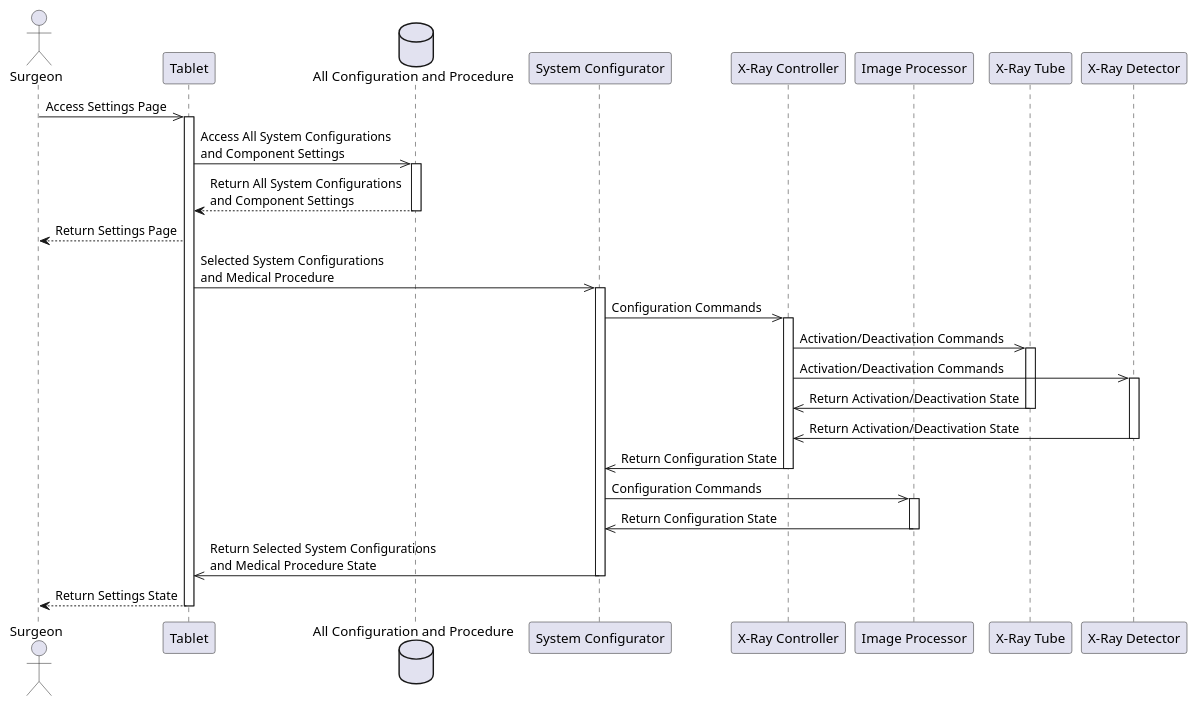
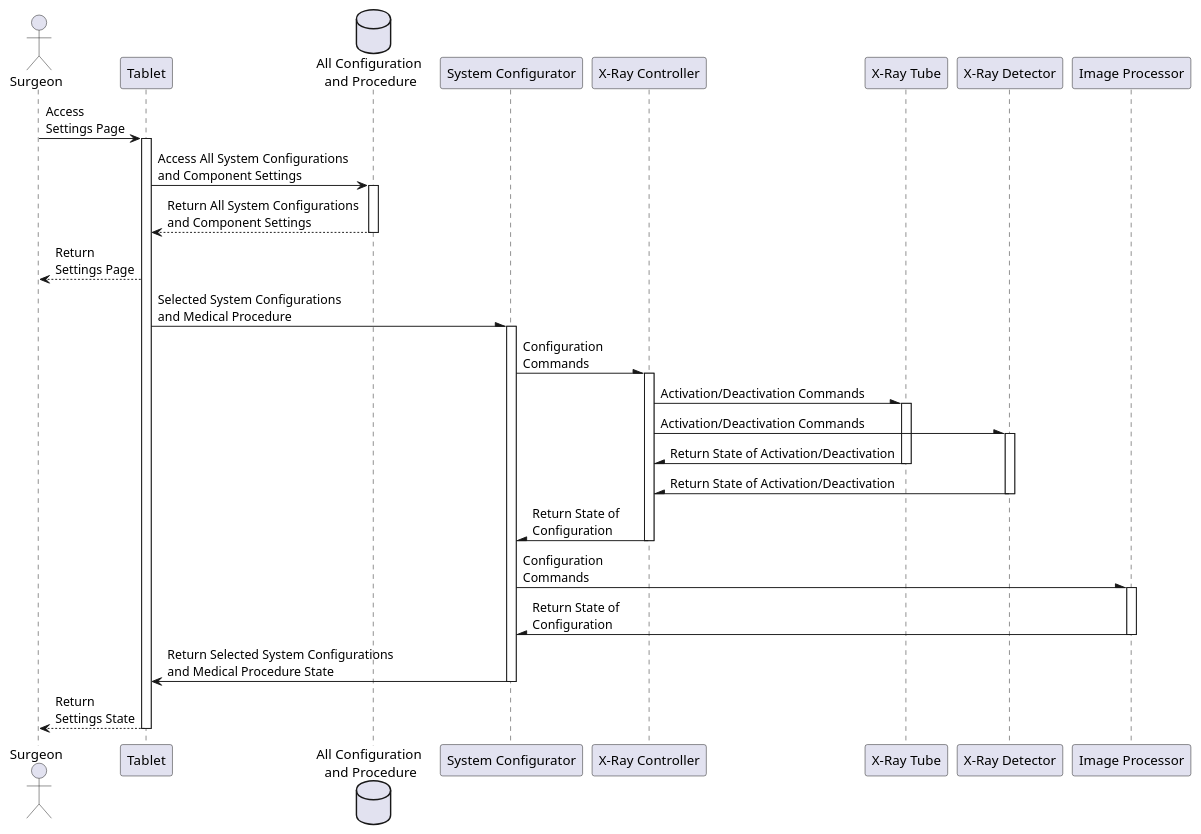
The diagram in 4-uml/sequence-config.puml (bartwc/SoftwareSystems), drawn with PlantUML before and after one commit. The commit also changed 8 other files, not shown here.

Commit message:
Done - Sequence-Pedal-1 Diagram Modified - Sequence-Config Diagram Modified - Component Diagram

```diff
--- a/4-uml/sequence-config.puml
+++ b/4-uml/sequence-config.puml
@@ -1,58 +1,58 @@
 @startuml sequence-config
 
 actor "Surgeon" as actor_surgeon
 participant "Tablet" as participant_tablet
-database "All Configuration and Procedure" as data_sys_config_comp_set
+database "All Configuration \nand Procedure" as data_sys_config_comp_set
 
 participant "System Configurator" as participant_sys_config
 participant "X-Ray Controller" as participant_xray_control
-participant "Image Processor" as participant_image_proc
 
 participant "X-Ray Tube" as participant_xray_tube
 participant "X-Ray Detector" as participant_xray_detector
+participant "Image Processor" as participant_image_proc
 
 ' Design Part 1 - Start from Surgeon to Database
-actor_surgeon ->> participant_tablet: Access Settings Page
+actor_surgeon -> participant_tablet: Access \nSettings Page
 activate participant_tablet
-participant_tablet ->> data_sys_config_comp_set: Access All System Configurations \nand Component Settings
+participant_tablet -> data_sys_config_comp_set: Access All System Configurations \nand Component Settings
 activate data_sys_config_comp_set
 participant_tablet <-- data_sys_config_comp_set: Return All System Configurations \nand Component Settings
 deactivate data_sys_config_comp_set
-actor_surgeon <-- participant_tablet: Return Settings Page
+actor_surgeon <-- participant_tablet: Return \nSettings Page
 
 ' Design Part 2 - Start from Tablet
-participant_tablet ->> participant_sys_config: Selected System Configurations \nand Medical Procedure
+participant_tablet -\ participant_sys_config: Selected System Configurations \nand Medical Procedure
 
 ' Design Part 3 - System Configurator Onwards
 activate participant_sys_config
-participant_sys_config ->> participant_xray_control: Configuration Commands
+participant_sys_config -\ participant_xray_control: Configuration \nCommands
 activate participant_xray_control
 
-participant_xray_control ->> participant_xray_tube: Activation/Deactivation Commands
+participant_xray_control -\ participant_xray_tube: Activation/Deactivation Commands
 activate participant_xray_tube
-participant_xray_control ->> participant_xray_detector: Activation/Deactivation Commands
+participant_xray_control -\ participant_xray_detector: Activation/Deactivation Commands
 activate participant_xray_detector
 
-participant_xray_control <<- participant_xray_tube: Return Activation/Deactivation State
+participant_xray_control /- participant_xray_tube: Return State of Activation/Deactivation
 deactivate participant_xray_tube
-participant_xray_control <<- participant_xray_detector: Return Activation/Deactivation State
+participant_xray_control /- participant_xray_detector: Return State of Activation/Deactivation
 deactivate participant_xray_detector
 
-participant_sys_config <<- participant_xray_control: Return Configuration State
+participant_sys_config /- participant_xray_control: Return State of \nConfiguration
 deactivate participant_xray_control
 
-participant_sys_config ->> participant_image_proc: Configuration Commands
+participant_sys_config -\ participant_image_proc: Configuration \nCommands
 activate participant_image_proc
-participant_sys_config <<- participant_image_proc: Return Configuration State
+participant_sys_config /- participant_image_proc: Return State of \nConfiguration
 deactivate participant_image_proc
-' Design Part 3 - End to System Configurator
+' Design Part 3 - End of System Configurator
 
-' Design Part 2 - End to Tablet
-participant_tablet <<- participant_sys_config: Return Selected System Configurations \nand Medical Procedure State
+' Design Part 2 - End of Tablet
+participant_tablet <- participant_sys_config: Return Selected System Configurations \nand Medical Procedure State
 deactivate participant_sys_config
 
-' Design Part 1 - End to Surgeon
-actor_surgeon <-- participant_tablet: Return Settings State
+' Design Part 1 - End of Surgeon
+actor_surgeon <-- participant_tablet: Return \nSettings State
 deactivate participant_tablet
 
 @enduml
```
